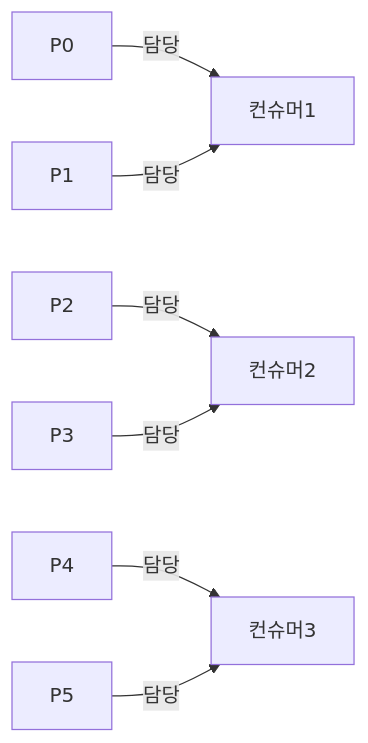
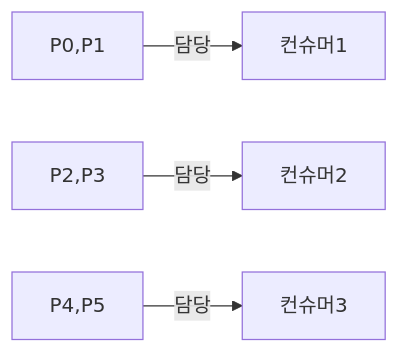
Before and after one commit to yjkim2015/yjkim2015.github.io: the fourth of 12 diagrams in _posts/kafka/2026-05-02-kafka-deep.md, drawn with Mermaid. The commit also changed other lines of this file and 245 other files, not shown here.

First line of the commit message:
Mermaid 다이어그램 전면 수정 + 면접 포인트 접기/펼치기 + DB 데드락 페이지

````diff
--- a/_posts/kafka/2026-05-02-kafka-deep.md
+++ b/_posts/kafka/2026-05-02-kafka-deep.md
@@ -169,9 +169,6 @@
 ```mermaid
 graph LR
-    P0["P0"] -->|"담당"| C1["컨슈머1"]
-    P1["P1"] -->|"담당"| C1
-    P2["P2"] -->|"담당"| C2["컨슈머2"]
-    P3["P3"] -->|"담당"| C2
-    P4["P4"] -->|"담당"| C3["컨슈머3"]
-    P5["P5"] -->|"담당"| C3
+    PA["P0,P1"] -->|"담당"| C1["컨슈머1"]
+    PB["P2,P3"] -->|"담당"| C2["컨슈머2"]
+    PC["P4,P5"] -->|"담당"| C3["컨슈머3"]
 ```
````
